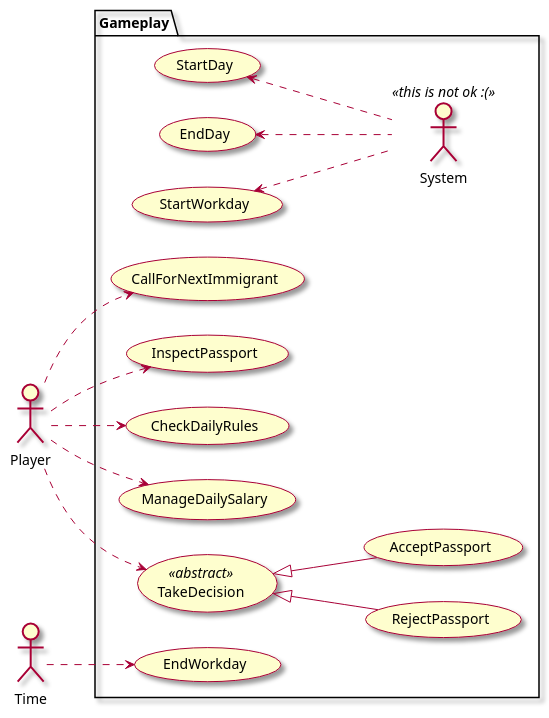
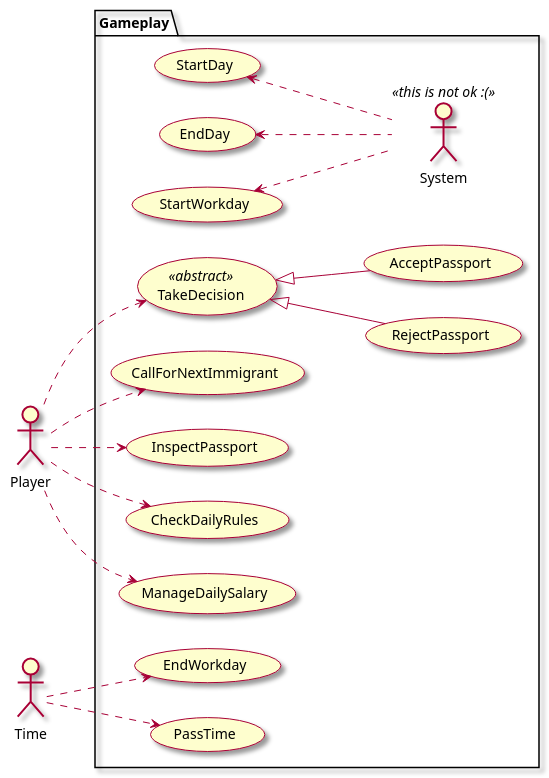
Before and after one commit to ivarovin/PapersPlease_LearningProject: the diagram in Assets/PapersPlease/Documentation~/UseCases.puml, drawn with PlantUML. The commit also changed 28 other files, not shown here.

Commit message:
feat: pass time during workday

```diff
--- a/Assets/PapersPlease/Documentation~/UseCases.puml
+++ b/Assets/PapersPlease/Documentation~/UseCases.puml
@@ -1,40 +1,42 @@
 @startuml
 skin rose
 left to right direction
 
 actor Player
 actor Time
 
 package Gameplay{
     usecase CallForNextImmigrant
     usecase AcceptPassport
     usecase RejectPassport
     usecase InspectPassport
     usecase TakeDecision  <<abstract>> 
     usecase EndDay
     usecase StartDay
     usecase StartWorkday
     usecase EndWorkday
+    usecase PassTime
     usecase CheckDailyRules
     usecase ManageDailySalary
 
     AcceptPassport -u-|> TakeDecision
     RejectPassport -u-|> TakeDecision
     
     actor System <<this is not ok :(>>
     
     System .u.> StartWorkday
     System .u.> EndDay
     System .u.> StartDay
 }
 
 Player ..> CallForNextImmigrant
 Player ..> InspectPassport
 Player ..> TakeDecision
 Player ..> ManageDailySalary
 Player ..> CheckDailyRules
 
 Time ..> EndWorkday
+Time ..> PassTime
 
 
 @enduml
```
